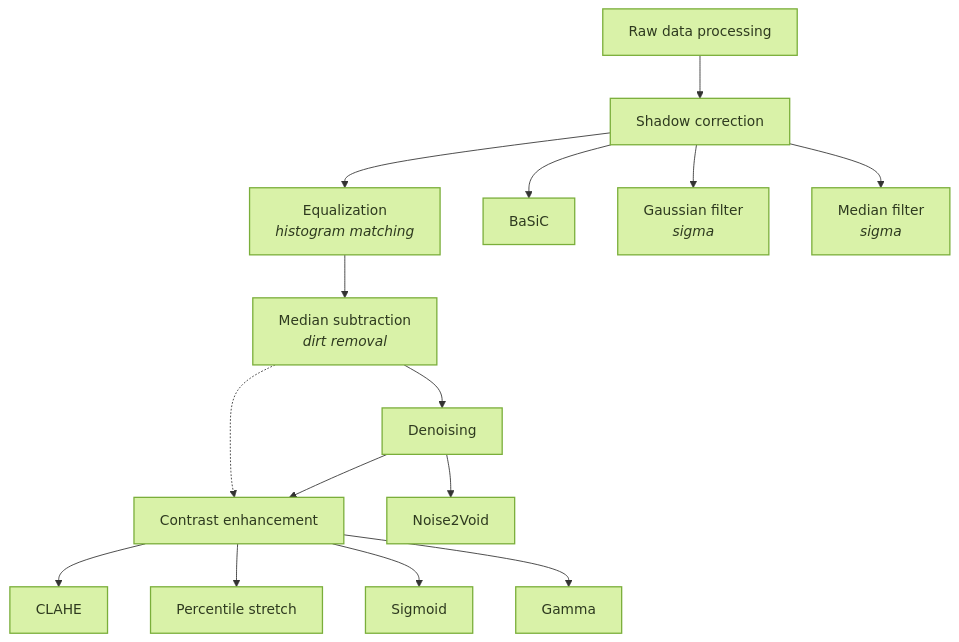
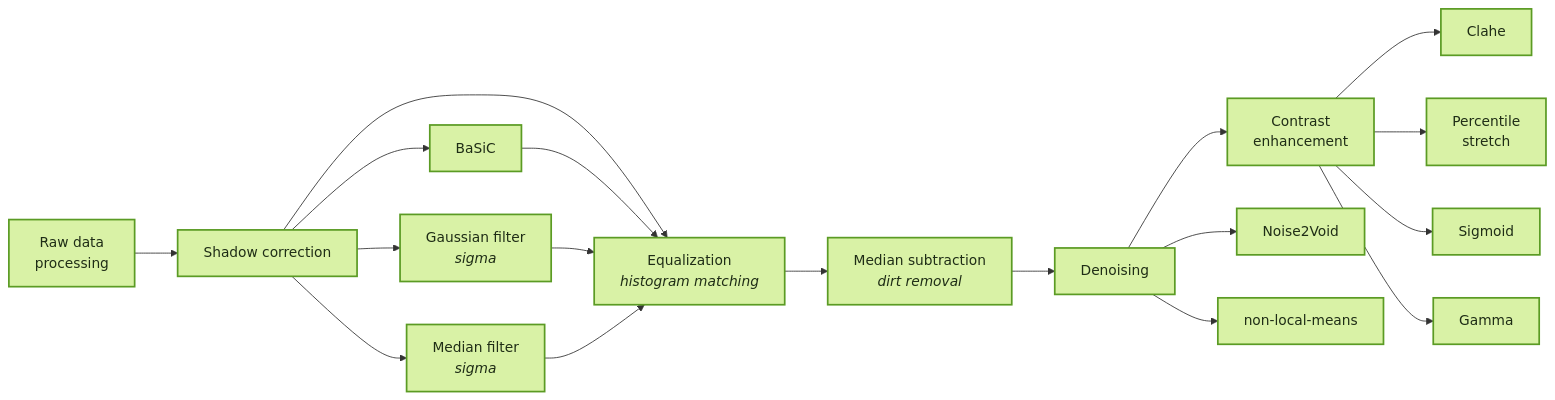
The diagram in processing.md (IDIP-Platform/ACID), drawn with Mermaid before and after one commit.

Commit message:
Revise flowchart layout and methods for clarity
Updated flowchart direction and added shadow correction methods.

````diff
--- a/processing.md
+++ b/processing.md
@@ -18,21 +18,36 @@
 ```mermaid
-flowchart TB
-    raw["Raw data processing"] --> shad["Shadow correction"]
-    shad --> equal["Equalization<br/><i>histogram matching</i>"]
-    equal --> med["Median subtraction<br/><i>dirt removal</i>"]
-    med --> den["Denoising"]
-    den --> ce["Contrast enhancement"]
-    med -.-> ce
+flowchart LR
+    %% Main pipeline
+    A["Raw data<br/>processing"] --> B["Shadow correction"]
+    B --> C["Equalization<br/><i>histogram matching</i>"]
+    C --> D["Median subtraction<br/><i>dirt removal</i>"]
+    D --> E["Denoising"]
+    E --> F["Contrast<br/>enhancement"]
 
-    shad --> basic["BaSiC"]
-    shad --> gauss["Gaussian filter<br/><i>sigma</i>"]
-    shad --> medf["Median filter<br/><i>sigma</i>"]
-    den --> n2v["Noise2Void"]
-    ce --> clahe["CLAHE"]
-    ce --> pct["Percentile stretch"]
-    ce --> sig["Sigmoid"]
-    ce --> gam["Gamma"]
+    %% Shadow correction methods
+    B --> G["BaSiC"]
+    B --> H["Gaussian filter<br/><i>sigma</i>"]
+    B --> I["Median filter<br/><i>sigma</i>"]
 
-    classDef green fill:#D9F2A8,stroke:#7AAE3A,stroke-width:1.5px,color:#2E3A1F;
-    class raw,shad,equal,med,den,ce,basic,gauss,medf,n2v,clahe,pct,sig,gam green;
+    %% Methods feed back into equalization
+    G --> C
+    H --> C
+    I --> C
+
+    %% Denoising methods
+    E --> J["Noise2Void"]
+    E --> K["non-local-means"]
+
+    %% Contrast enhancement methods
+    F --> L["Clahe"]
+    F --> M["Percentile<br/>stretch"]
+    F --> N["Sigmoid"]
+    F --> O["Gamma"]
+
+    %% Styling
+    classDef process fill:#d9f2a6,stroke:#5b9b24,stroke-width:2px,color:#1f2d16;
+    classDef method fill:#d9f2a6,stroke:#5b9b24,stroke-width:2px,color:#1f2d16;
+
+    class A,B,C,D,E,F process;
+    class G,H,I,J,K,L,M,N,O method;
 ```
````
